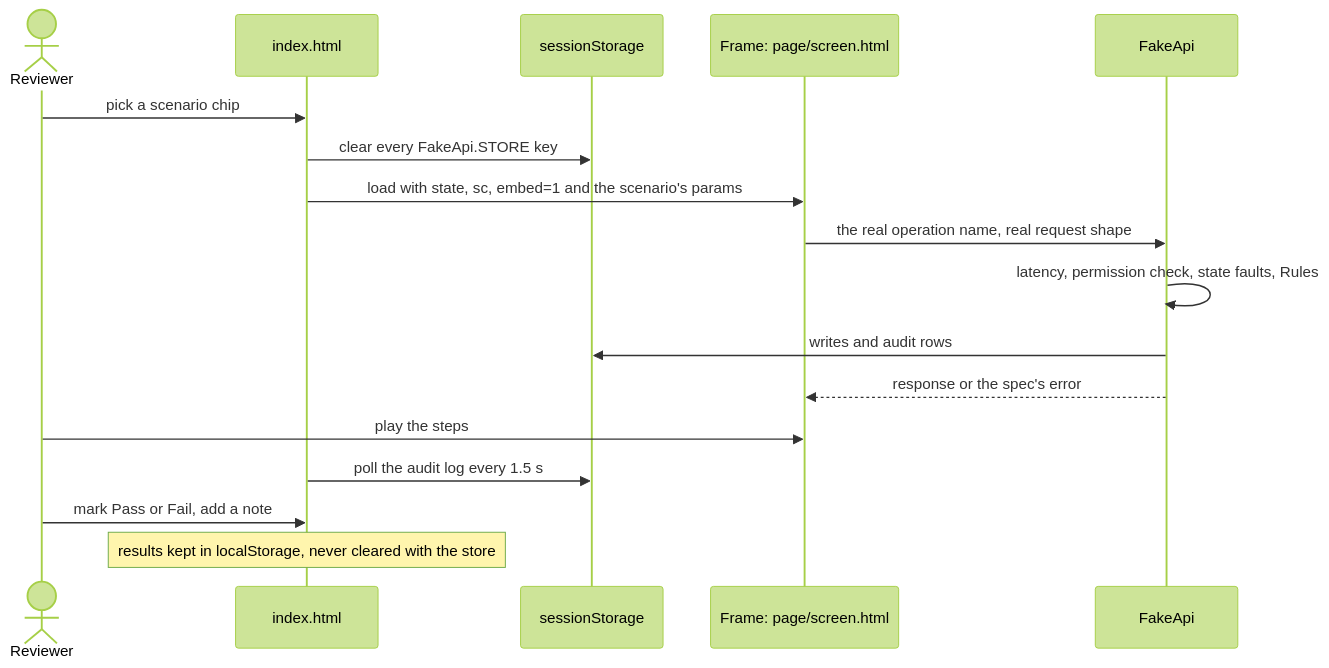
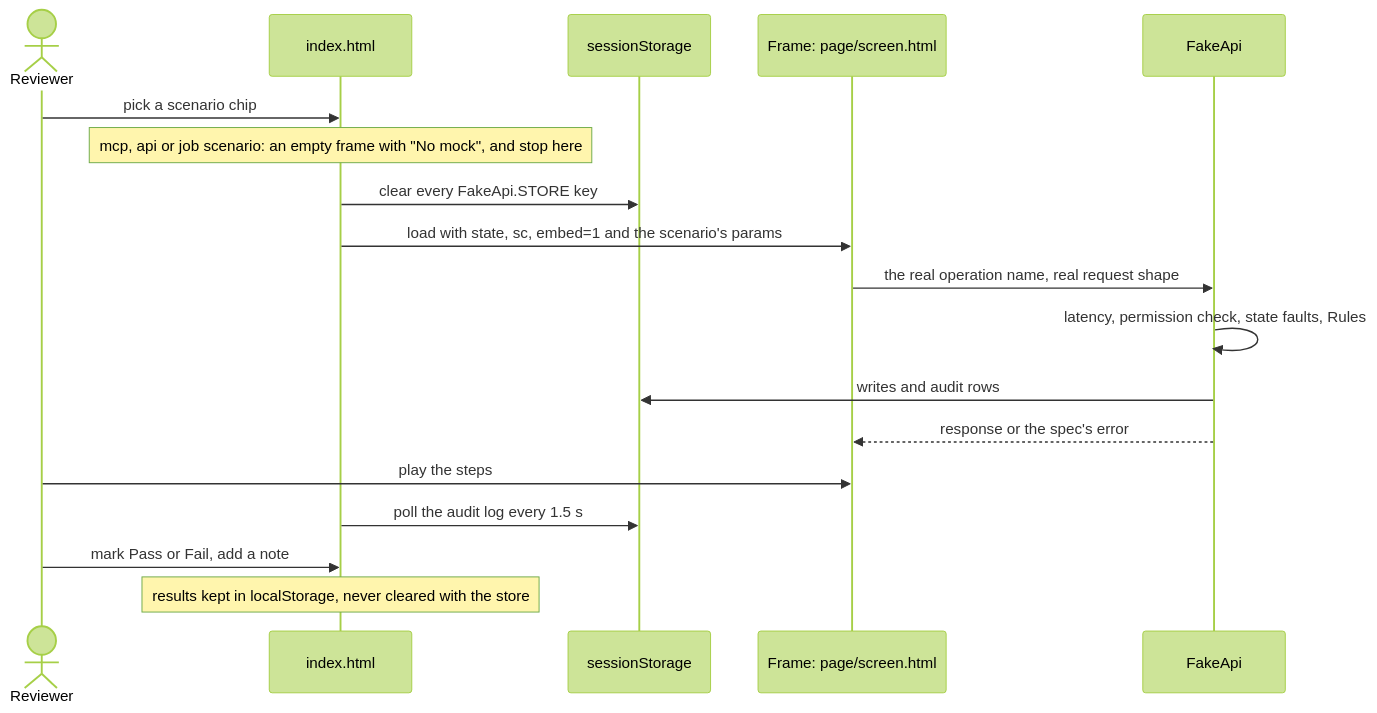
Before and after one commit to naphatwx/naphatwx-tools: the third of 4 diagrams in plugins/naphatwx-tools/skills/generate-mock-ui/README.md, drawn with Mermaid (forest theme). The commit also changed other lines of this file and 66 other files, not shown here.

````diff
--- a/plugins/naphatwx-tools/skills/generate-mock-ui/README.md
+++ b/plugins/naphatwx-tools/skills/generate-mock-ui/README.md
@@ -67,19 +66,20 @@
 ```mermaid
 sequenceDiagram
     actor U as Reviewer
     participant I as index.html
     participant SS as sessionStorage
     participant F as Frame: page/screen.html
     participant A as FakeApi
     U->>I: pick a scenario chip
+    Note over I: mcp, api or job scenario: an empty frame with "No mock", and stop here
     I->>SS: clear every FakeApi.STORE key
     I->>F: load with state, sc, embed=1 and the scenario's params
     F->>A: the real operation name, real request shape
     A->>A: latency, permission check, state faults, Rules
     A->>SS: writes and audit rows
     A-->>F: response or the spec's error
     U->>F: play the steps
     I->>SS: poll the audit log every 1.5 s
     U->>I: mark Pass or Fail, add a note
     Note over I: results kept in localStorage, never cleared with the store
 ```
````
